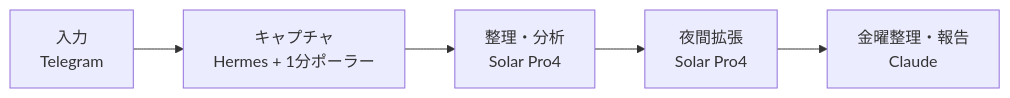
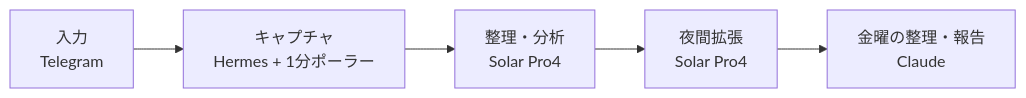
Before and after one commit to nhandsome-new/zenn-content: the diagram in articles/my-agent-assistant-02-knowledge-inbox.md, drawn with Mermaid. The commit also changed other lines of this file and 1 other file, not shown here.

````diff
--- a/articles/my-agent-assistant-02-knowledge-inbox.md
+++ b/articles/my-agent-assistant-02-knowledge-inbox.md
@@ -36,7 +30,7 @@
 ```mermaid
 flowchart LR
     A["入力<br/>Telegram"] --> B["キャプチャ<br/>Hermes + 1分ポーラー"]
     B --> C["整理・分析<br/>Solar Pro4"]
     C --> D["夜間拡張<br/>Solar Pro4"]
-    D --> E["金曜整理・報告<br/>Claude"]
+    D --> E["金曜の整理・報告<br/>Claude"]
 ```
````
